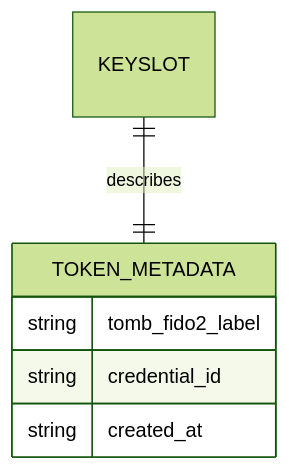
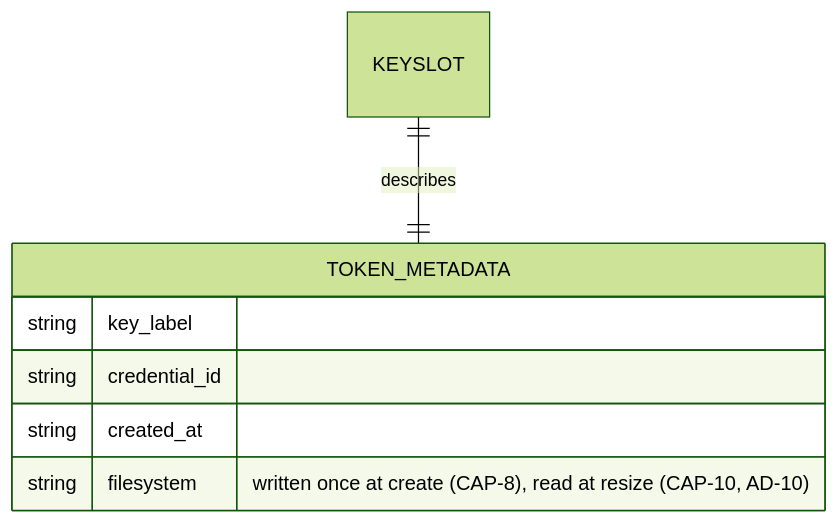
One commit to LeReverandNox/hypogaol changed the second of 2 diagrams in _bmad-output/planning-artifacts/architecture/architecture-tomb-fido2-2026-07-22/ARCHITECTURE-SPINE.md. Above: the diagram before and after it, drawn with Mermaid (forest theme). The commit also changed other lines of this file and 10 other files, not shown here.

````diff
--- a/_bmad-output/planning-artifacts/architecture/architecture-tomb-fido2-2026-07-22/ARCHITECTURE-SPINE.md
+++ b/_bmad-output/planning-artifacts/architecture/architecture-tomb-fido2-2026-07-22/ARCHITECTURE-SPINE.md
@@ -132,9 +179,10 @@
 ```mermaid
 erDiagram
     KEYSLOT ||--|| TOKEN_METADATA : describes
     TOKEN_METADATA {
-        string tomb_fido2_label
+        string key_label
         string credential_id
         string created_at
+        string filesystem "written once at create (CAP-8), read at resize (CAP-10, AD-10)"
     }
 ```
````
